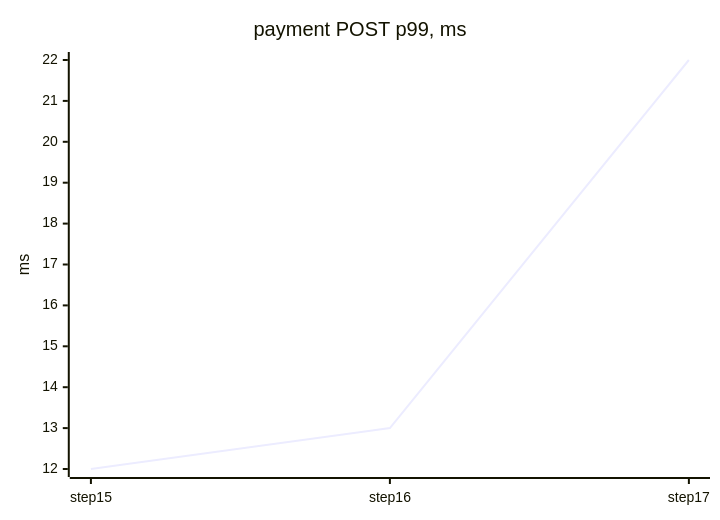
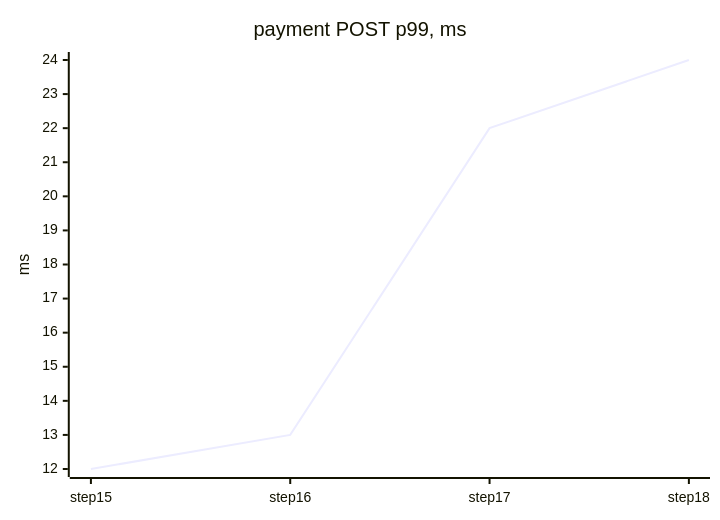
One commit to tanvoid0/ledgerflow changed the third of 4 diagrams in docs/perf/README.md. Above: the diagram before and after it, drawn with Mermaid. The commit also changed other lines of this file and 9 other files, not shown here.

````diff
--- a/docs/perf/README.md
+++ b/docs/perf/README.md
@@ -79,7 +82,7 @@
 ```mermaid
 xychart-beta
     title "payment POST p99, ms"
-    x-axis ["step15", "step16", "step17"]
+    x-axis ["step15", "step16", "step17", "step18"]
     y-axis "ms"
-    line [12, 13, 22]
+    line [12, 13, 22, 24]
 ```
````
